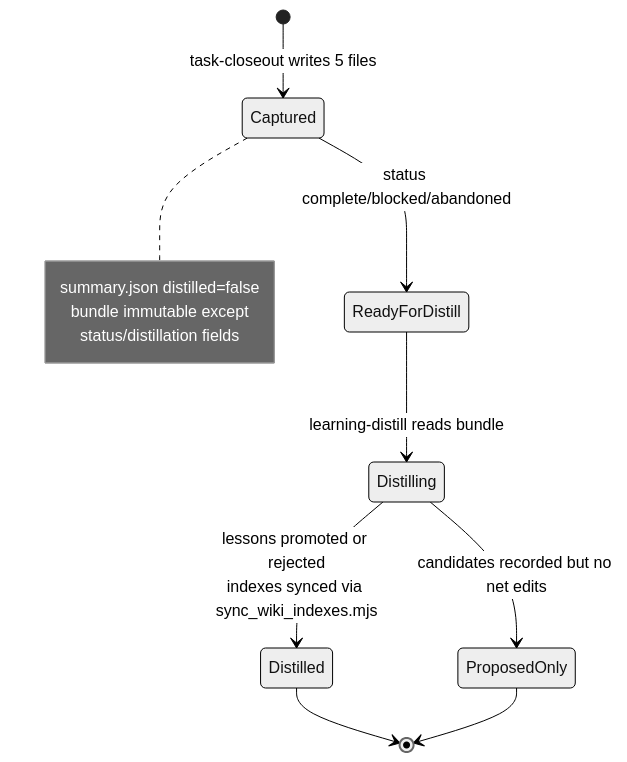
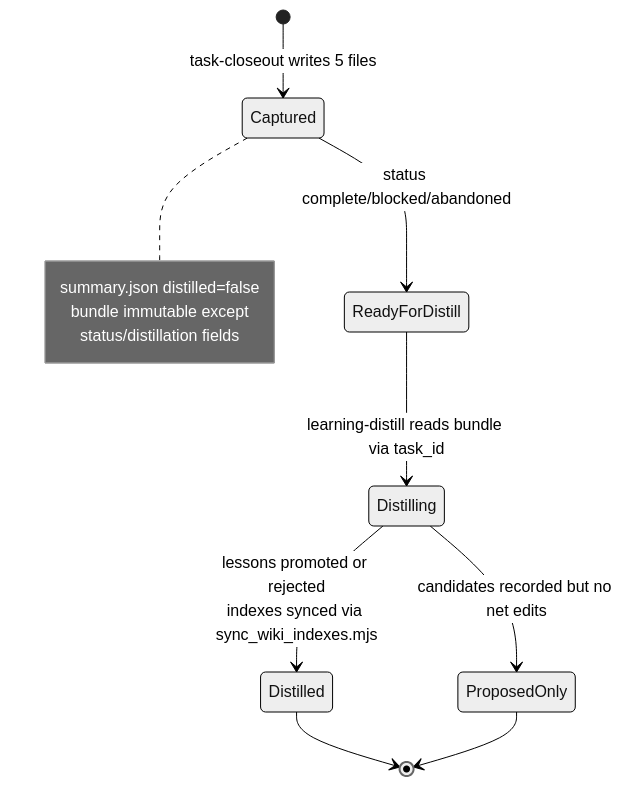
The diagram in openwiki/architecture/task-lifecycle.md (Hypercubed/Agent-Knowledge-Starter-Kit), drawn with Mermaid (neutral theme) before and after one commit. The commit also changed other lines of this file and 59 other files, not shown here.

````diff
--- a/openwiki/architecture/task-lifecycle.md
+++ b/openwiki/architecture/task-lifecycle.md
@@ -56,15 +98,15 @@
 ```mermaid
 stateDiagram-v2
     [*] --> Captured: task-closeout writes 5 files
     Captured --> ReadyForDistill: status complete/blocked/abandoned
-    ReadyForDistill --> Distilling: learning-distill reads bundle
+    ReadyForDistill --> Distilling: learning-distill reads bundle via task_id
     Distilling --> Distilled: lessons promoted or rejected<br/>indexes synced via sync_wiki_indexes.mjs
     Distilling --> ProposedOnly: candidates recorded but no net edits
     Distilled --> [*]
     ProposedOnly --> [*]
     note right of Captured
         summary.json distilled=false
         bundle immutable except
         status/distillation fields
     end note
 ```
````
